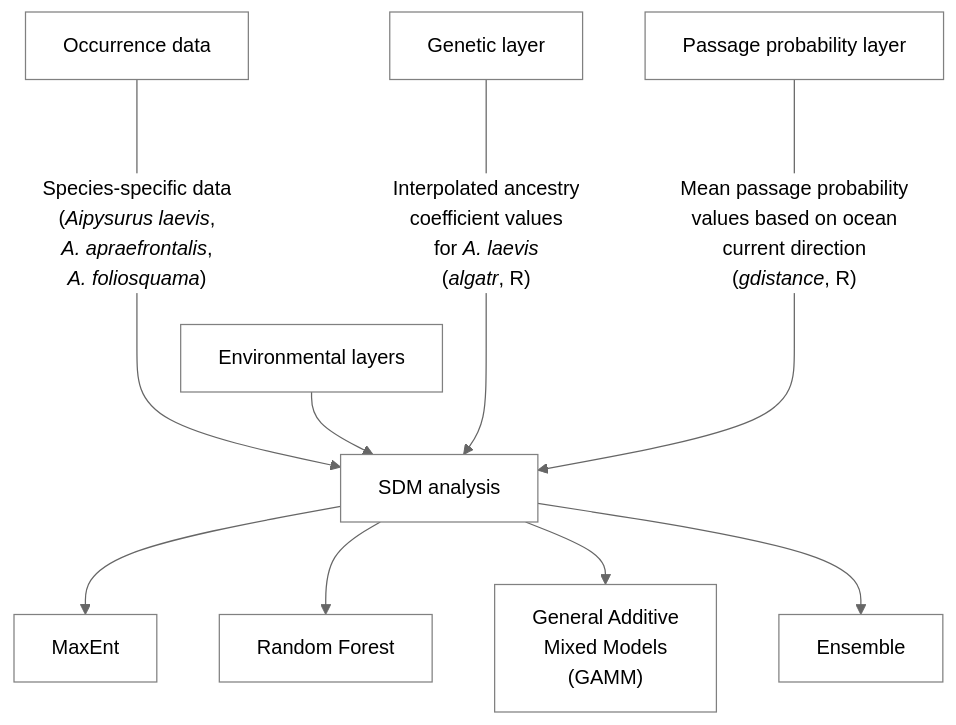
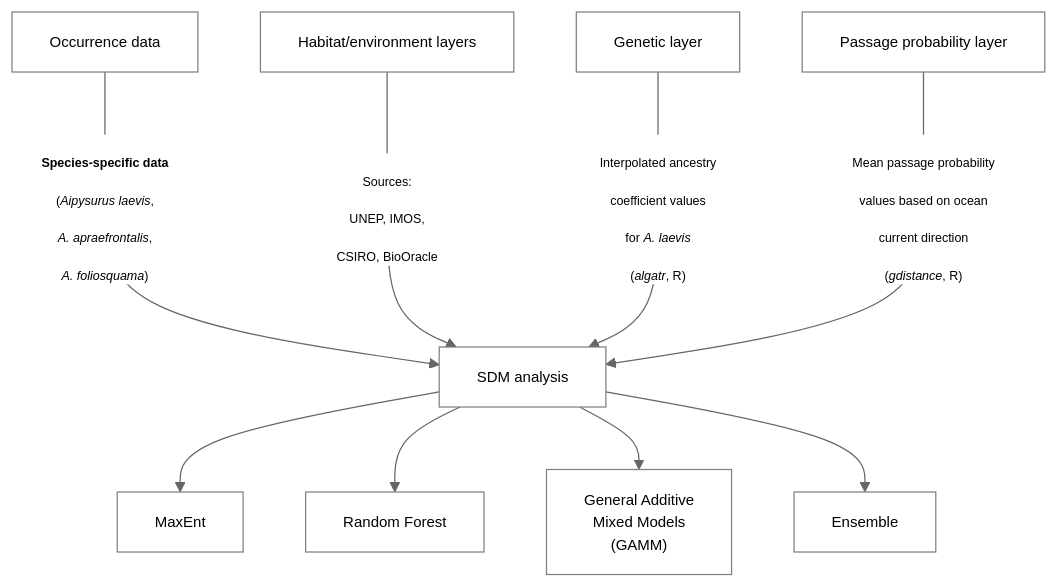
Before and after one commit to grcvhon/atm-analysis: the diagram in README.md, drawn with Mermaid (neutral theme). The commit also changed other lines of this file, not shown here.

Commit message:
Update: flowchart

````diff
--- a/README.md
+++ b/README.md
@@ -11,44 +12,60 @@
 ```mermaid
 flowchart TD;
     A["Occurrence data"]
-    B["Environmental layers"]
+    B["Habitat/environment layers"]
     C["Genetic layer"]
     D["Passage probability layer"]
     E["SDM analysis"]
     F["MaxEnt"]
     G["Random Forest"]
     H["General Additive 
     Mixed Models
     (GAMM)"]
     I["Ensemble"]
     
-    style A fill:white,stroke:grey,color:black
-    style B fill:white,stroke:grey,color:black
-    style C fill:white,stroke:grey,color:black
-    style D fill:white,stroke:grey,color:black
-    style E fill:white,stroke:grey,color:black
-    style F fill:white,stroke:grey,color:black
-    style G fill:white,stroke:grey,color:black
-    style H fill:white,stroke:grey,color:black
-    style I fill:white,stroke:grey,color:black
+    style A fill:white,stroke:grey,color:black,font-size:12px
+    style B fill:white,stroke:grey,color:black,font-size:12px
+    style C fill:white,stroke:grey,color:black,font-size:12px
+    style D fill:white,stroke:grey,color:black,font-size:12px
+    style E fill:white,stroke:grey,color:black,font-size:12px
+    style F fill:white,stroke:grey,color:black,font-size:12px
+    style G fill:white,stroke:grey,color:black,font-size:12px
+    style H fill:white,stroke:grey,color:black,font-size:12px
+    style I fill:white,stroke:grey,color:black,font-size:12px
 
     A--
-    Species-specific data
-    (<i>Aipysurus laevis</i>,
-    <i>A. apraefrontalis</i>,
-    <i>A. foliosquama</i>)---->E;
-    B-->E;
-    C--Interpolated ancestry
-    coefficient values
-    for <i>A. laevis</i>
-    (<i>algatr</i>, R)---->E;
-    D--Mean passage probability
-    values based on ocean 
-    current direction 
+    <p style="font-size:10px">
+    <b>Species-specific data</b><br> 
+    (<i>Aipysurus laevis</i>,<br>
+    <i>A. apraefrontalis</i>,<br>
+    <i>A. foliosquama</i>)
+    </p>--->E;
+
+    B--
+    <p style="font-size:10px">
+    Sources:<br>
+    UNEP, IMOS,<br> 
+    CSIRO, BioOracle
+    </p>--->E;
+    
+    C--
+    <p style="font-size:10px">
+    Interpolated ancestry<br>
+    coefficient values<br>
+    for <i>A. laevis</i><br>
+    (<i>algatr</i>, R)
+    </p>--->E;
+    
+    D--
+    <p style="font-size:10px">
+    Mean passage probability<br>
+    values based on ocean<br>
+    current direction<br>
     (<i>gdistance</i>, R)
-    ---->E;
+    </p>--->E;
+    
     E-->F;
     E-->G;
     E-->H;
     E-->I;
 ```
````
